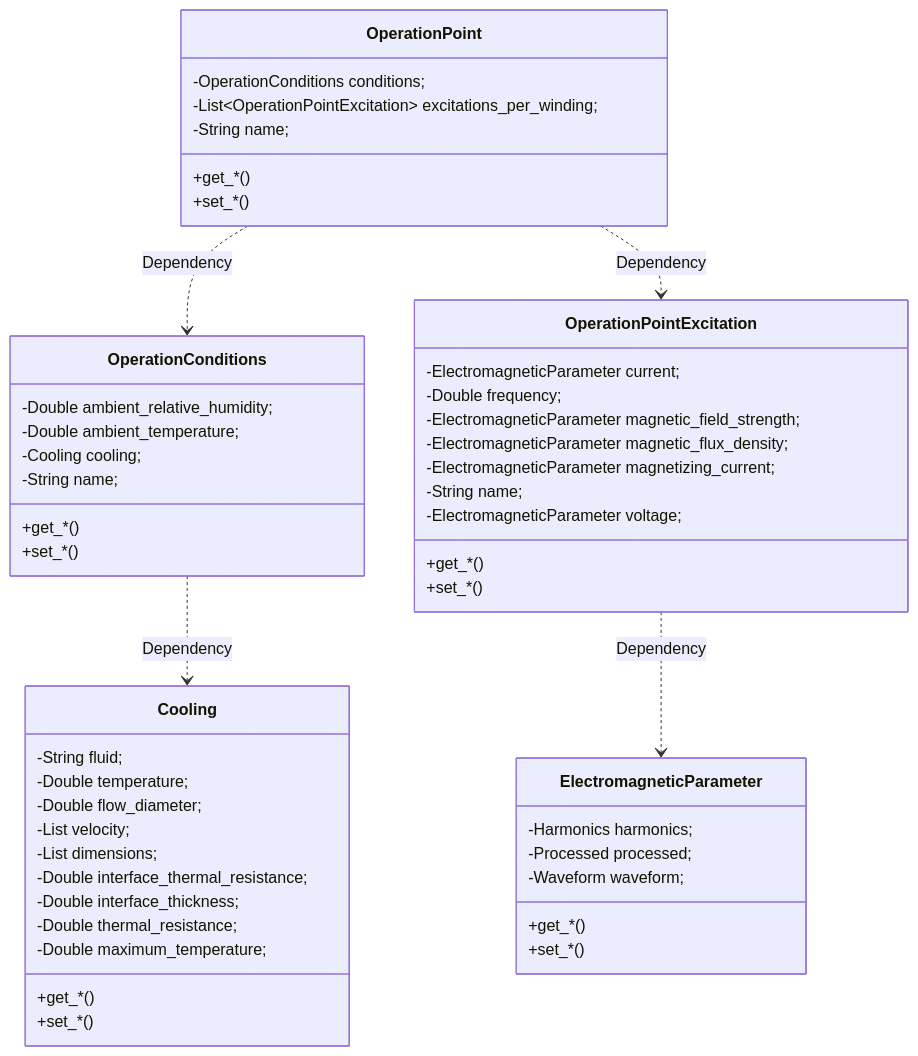
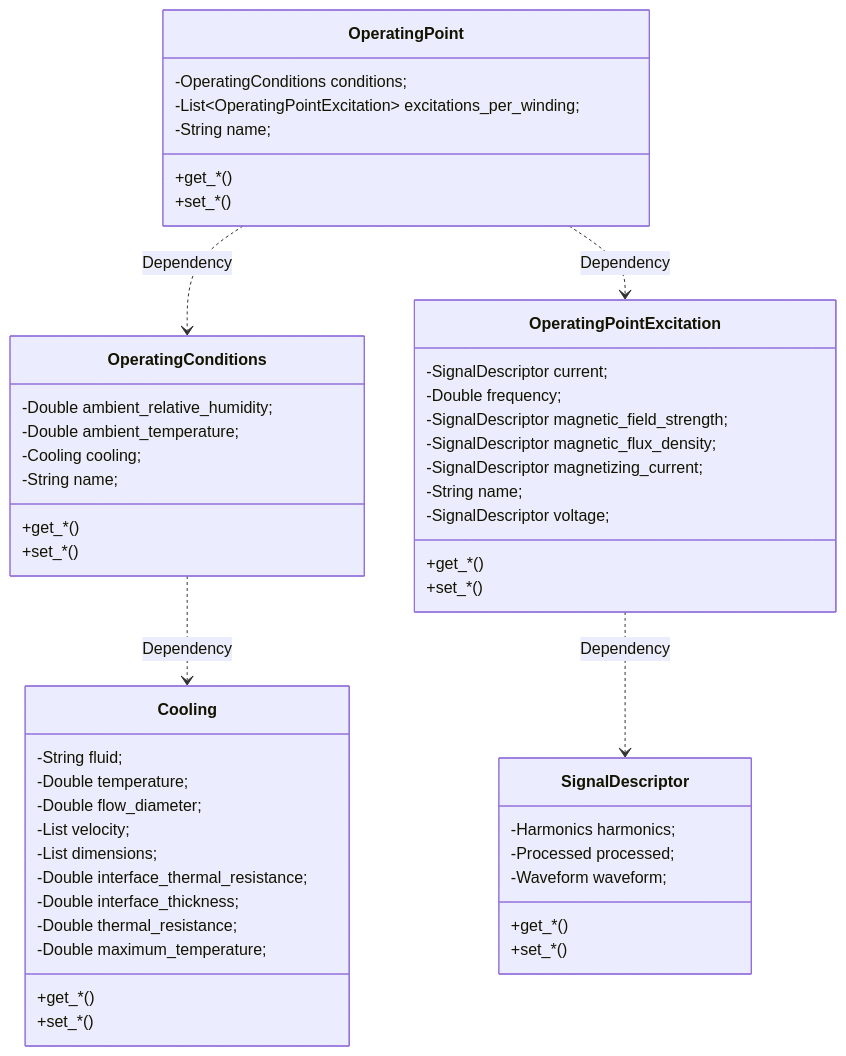
Before and after one commit to OpenMagnetics/MAS: the third of 4 diagrams in docs/inputs.md, drawn with Mermaid. The commit also changed other lines of this file and 12 other files, not shown here.

Commit message:
Renamed Operation to Operating, and EletromagneticParameter to SignalDescriptor

````diff
--- a/docs/inputs.md
+++ b/docs/inputs.md
@@ -226,72 +226,72 @@
 ```mermaid
 
 classDiagram
 
-class OperationPoint {
+class OperatingPoint {
 
-    -OperationConditions conditions;
-    -List~OperationPointExcitation~ excitations_per_winding;
+    -OperatingConditions conditions;
+    -List~OperatingPointExcitation~ excitations_per_winding;
     -String name;
 
     +get_*()
     +set_*()
 }
 
-OperationPoint ..> OperationConditions : Dependency
-OperationPoint ..> OperationPointExcitation : Dependency
+OperatingPoint ..> OperatingConditions : Dependency
+OperatingPoint ..> OperatingPointExcitation : Dependency
 
-class OperationConditions {
+class OperatingConditions {
 
     -Double ambient_relative_humidity;
     -Double ambient_temperature;
     -Cooling cooling;
     -String name;
 
     +get_*()
     +set_*()
 }
 
-OperationConditions ..> Cooling : Dependency
+OperatingConditions ..> Cooling : Dependency
 
 class Cooling {
 
     -String fluid;
     -Double temperature;
     -Double flow_diameter;
     -List<Double> velocity;
     -List<Double> dimensions;
     -Double interface_thermal_resistance;
     -Double interface_thickness;
     -Double thermal_resistance;
     -Double maximum_temperature;
 
     +get_*()
     +set_*()
 }
 
-class OperationPointExcitation {
+class OperatingPointExcitation {
 
-    -ElectromagneticParameter current;
+    -SignalDescriptor current;
     -Double frequency;
-    -ElectromagneticParameter magnetic_field_strength;
-    -ElectromagneticParameter magnetic_flux_density;
-    -ElectromagneticParameter magnetizing_current;
+    -SignalDescriptor magnetic_field_strength;
+    -SignalDescriptor magnetic_flux_density;
+    -SignalDescriptor magnetizing_current;
     -String name;
-    -ElectromagneticParameter voltage;
+    -SignalDescriptor voltage;
 
     +get_*()
     +set_*()
 }
 
-OperationPointExcitation ..> ElectromagneticParameter : Dependency
+OperatingPointExcitation ..> SignalDescriptor : Dependency
 
-class ElectromagneticParameter {
+class SignalDescriptor {
 
     -Harmonics harmonics;
     -Processed processed;
     -Waveform waveform;
 
     +get_*()
     +set_*()
 }
 ```
````
